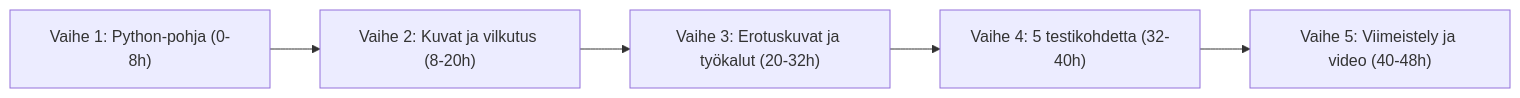
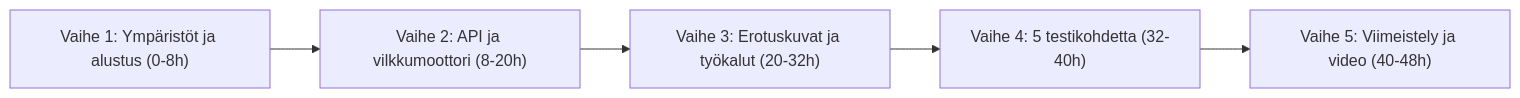
One commit to TEEPERUNA/PlanetXSPHEREx changed the second of 2 diagrams in PLAN.md. Above: the diagram before and after it, drawn with Mermaid. The commit also changed other lines of this file, not shown here.

Commit message:
docs: päivitä suunnitelma TypeScript-frontend + Python-backend -arkkitehtuurille

````diff
--- a/PLAN.md
+++ b/PLAN.md
@@ -78,7 +86,7 @@
 ```mermaid
 flowchart LR
-    P1["Vaihe 1: Python-pohja (0-8h)"] --> P2["Vaihe 2: Kuvat ja vilkutus (8-20h)"]
+    P1["Vaihe 1: Ympäristöt ja alustus (0-8h)"] --> P2["Vaihe 2: API ja vilkkumoottori (8-20h)"]
     P2 --> P3["Vaihe 3: Erotuskuvat ja työkalut (20-32h)"]
     P3 --> P4["Vaihe 4: 5 testikohdetta (32-40h)"]
     P4 --> P5["Vaihe 5: Viimeistely ja video (40-48h)"]
 ```
````
